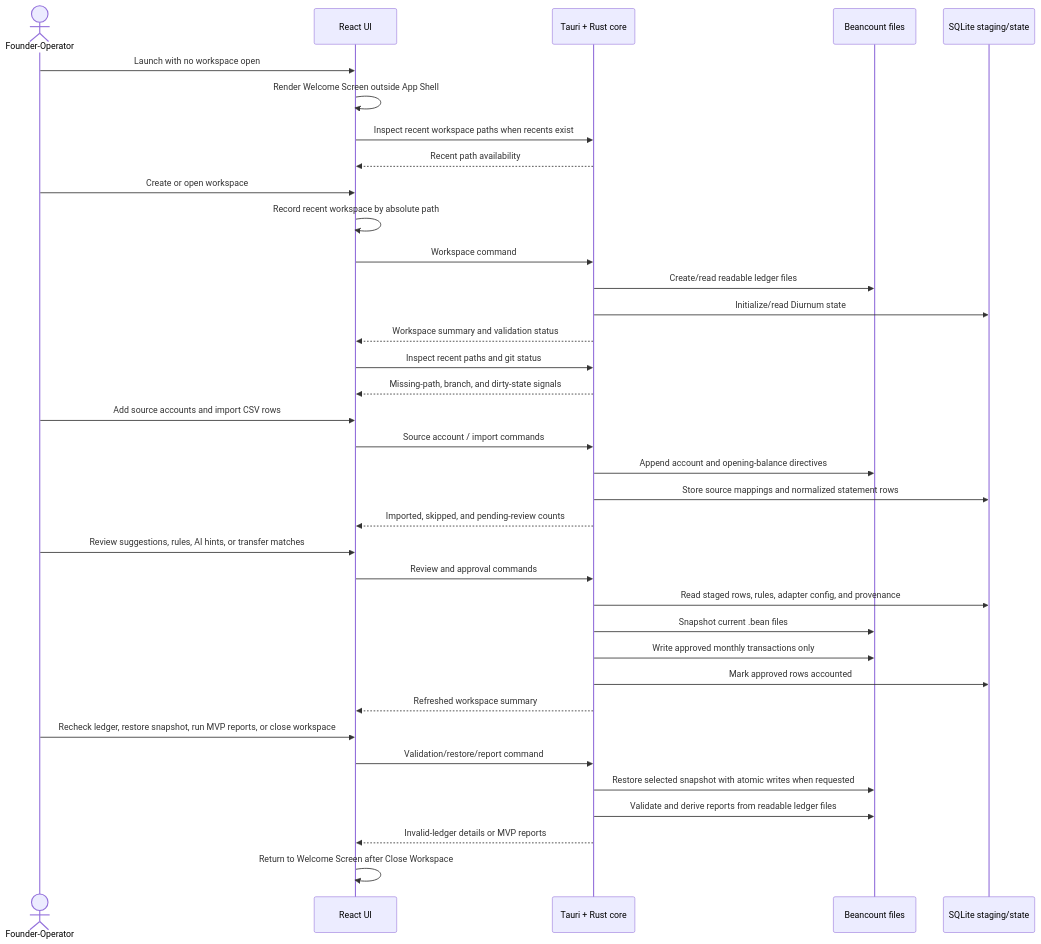
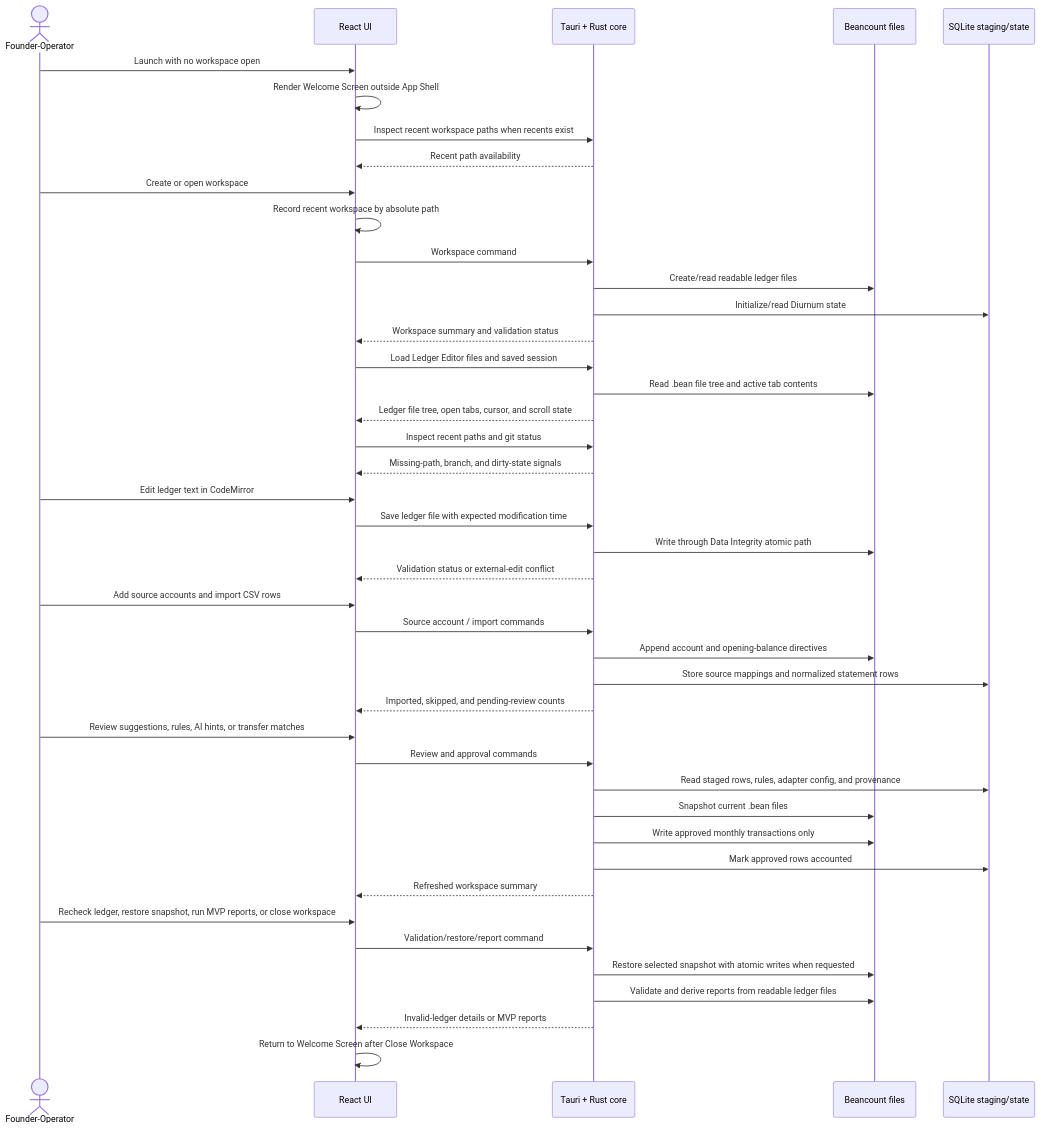
One commit to Diurnum-Dev/Diurnum changed the second of 4 diagrams in docs/architecture.md. Above: the diagram before and after it, drawn with Mermaid. The commit also changed other lines of this file and 17 other files, not shown here.

Commit message:
feat: add codemirror ledger editor

````diff
--- a/docs/architecture.md
+++ b/docs/architecture.md
@@ -45,43 +45,51 @@
 ```mermaid
 sequenceDiagram
   actor User as Founder-Operator
   participant UI as React UI
   participant Core as Tauri + Rust core
   participant Ledger as Beancount files
   participant State as SQLite staging/state
 
   User->>UI: Launch with no workspace open
   UI->>UI: Render Welcome Screen outside App Shell
   UI->>Core: Inspect recent workspace paths when recents exist
   Core-->>UI: Recent path availability
 
   User->>UI: Create or open workspace
   UI->>UI: Record recent workspace by absolute path
   UI->>Core: Workspace command
   Core->>Ledger: Create/read readable ledger files
   Core->>State: Initialize/read Diurnum state
   Core-->>UI: Workspace summary and validation status
+  UI->>Core: Load Ledger Editor files and saved session
+  Core->>Ledger: Read .bean file tree and active tab contents
+  Core-->>UI: Ledger file tree, open tabs, cursor, and scroll state
   UI->>Core: Inspect recent paths and git status
   Core-->>UI: Missing-path, branch, and dirty-state signals
+
+  User->>UI: Edit ledger text in CodeMirror
+  UI->>Core: Save ledger file with expected modification time
+  Core->>Ledger: Write through Data Integrity atomic path
+  Core-->>UI: Validation status or external-edit conflict
 
   User->>UI: Add source accounts and import CSV rows
   UI->>Core: Source account / import commands
   Core->>Ledger: Append account and opening-balance directives
   Core->>State: Store source mappings and normalized statement rows
   Core-->>UI: Imported, skipped, and pending-review counts
 
   User->>UI: Review suggestions, rules, AI hints, or transfer matches
   UI->>Core: Review and approval commands
   Core->>State: Read staged rows, rules, adapter config, and provenance
   Core->>Ledger: Snapshot current .bean files
   Core->>Ledger: Write approved monthly transactions only
   Core->>State: Mark approved rows accounted
   Core-->>UI: Refreshed workspace summary
 
   User->>UI: Recheck ledger, restore snapshot, run MVP reports, or close workspace
   UI->>Core: Validation/restore/report command
   Core->>Ledger: Restore selected snapshot with atomic writes when requested
   Core->>Ledger: Validate and derive reports from readable ledger files
   Core-->>UI: Invalid-ledger details or MVP reports
   UI->>UI: Return to Welcome Screen after Close Workspace
 ```
````
